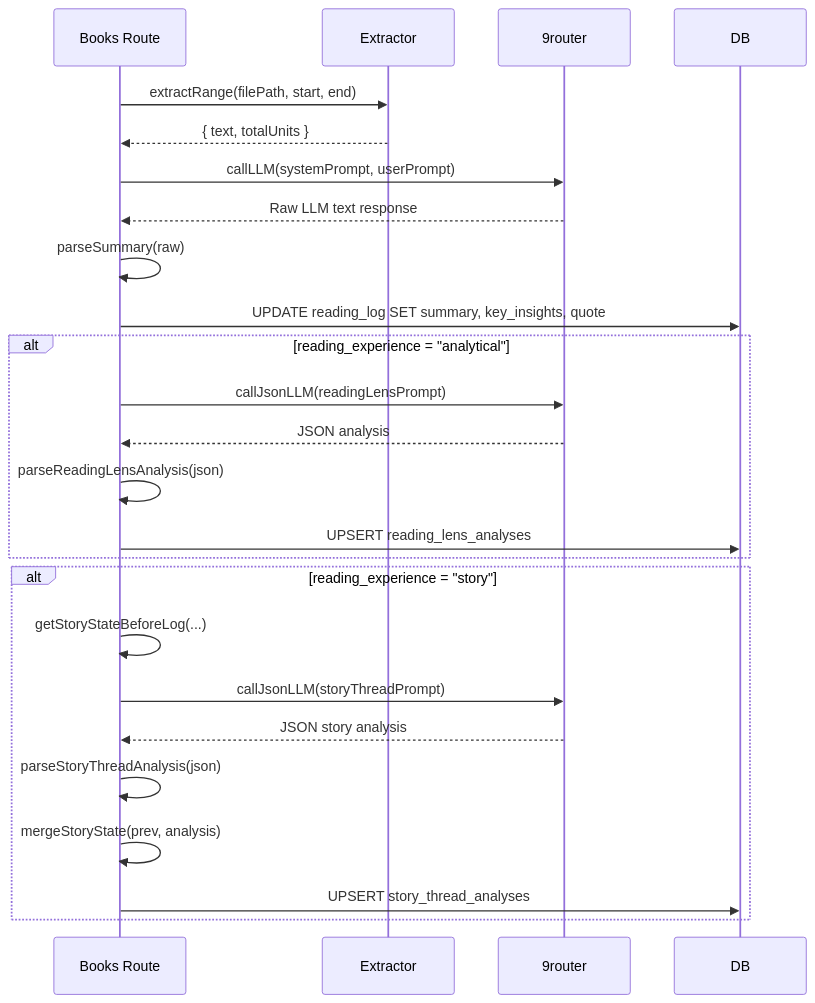
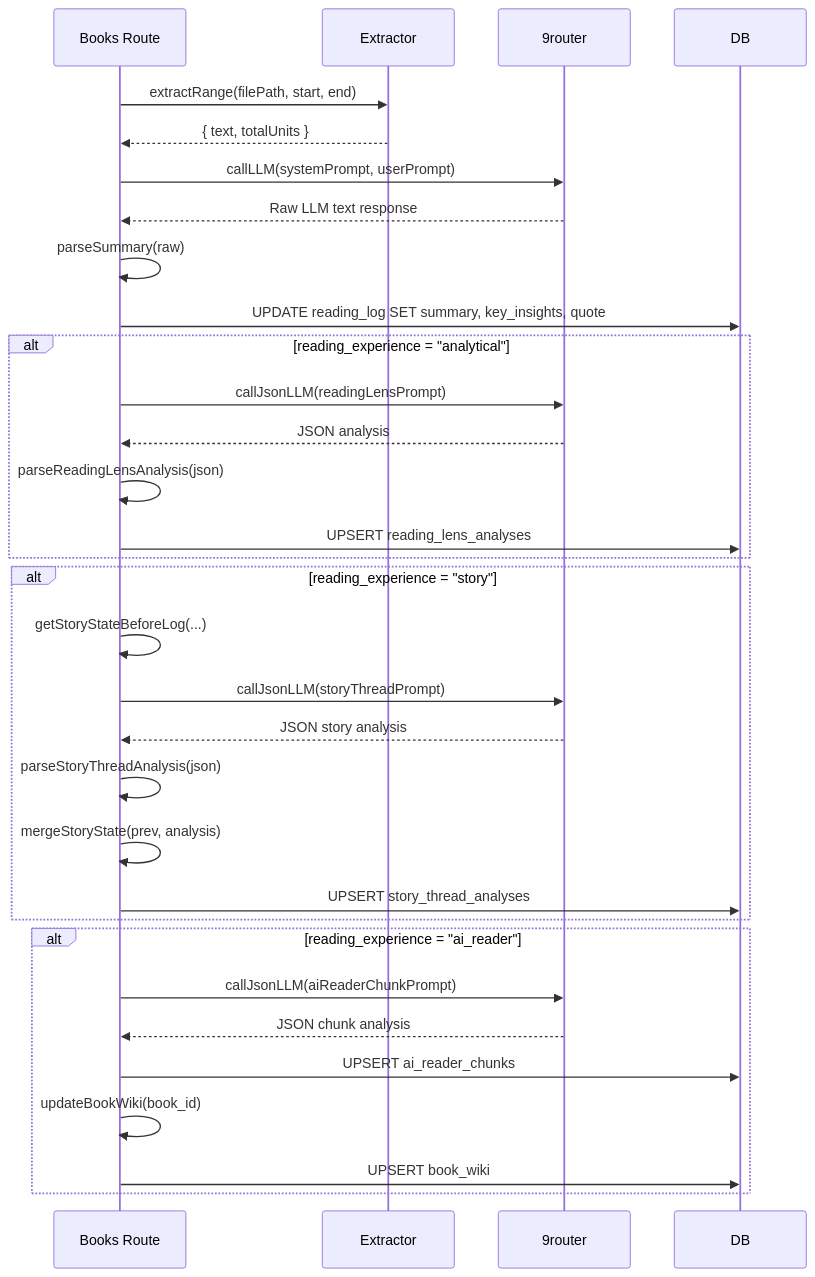
The diagram in openwiki/reading-engine.md (tuanhuytruong/chapter), drawn with Mermaid before and after one commit. The commit also changed other lines of this file and 3 other files, not shown here.

````diff
--- a/openwiki/reading-engine.md
+++ b/openwiki/reading-engine.md
@@ -14,32 +14,40 @@
 ```mermaid
 sequenceDiagram
     participant Route as Books Route
     participant Extract as Extractor
     participant LLM as 9router
     participant DB
 
     Route->>Extract: extractRange(filePath, start, end)
     Extract-->>Route: { text, totalUnits }
 
     Route->>LLM: callLLM(systemPrompt, userPrompt)
     LLM-->>Route: Raw LLM text response
 
     Route->>Route: parseSummary(raw)
     Route->>DB: UPDATE reading_log SET summary, key_insights, quote
 
     alt reading_experience = "analytical"
         Route->>LLM: callJsonLLM(readingLensPrompt)
         LLM-->>Route: JSON analysis
         Route->>Route: parseReadingLensAnalysis(json)
         Route->>DB: UPSERT reading_lens_analyses
     end
 
     alt reading_experience = "story"
         Route->>Route: getStoryStateBeforeLog(...)
         Route->>LLM: callJsonLLM(storyThreadPrompt)
         LLM-->>Route: JSON story analysis
         Route->>Route: parseStoryThreadAnalysis(json)
         Route->>Route: mergeStoryState(prev, analysis)
         Route->>DB: UPSERT story_thread_analyses
     end
+
+    alt reading_experience = "ai_reader"
+        Route->>LLM: callJsonLLM(aiReaderChunkPrompt)
+        LLM-->>Route: JSON chunk analysis
+        Route->>DB: UPSERT ai_reader_chunks
+        Route->>Route: updateBookWiki(book_id)
+        Route->>DB: UPSERT book_wiki
+    end
 ```
````
